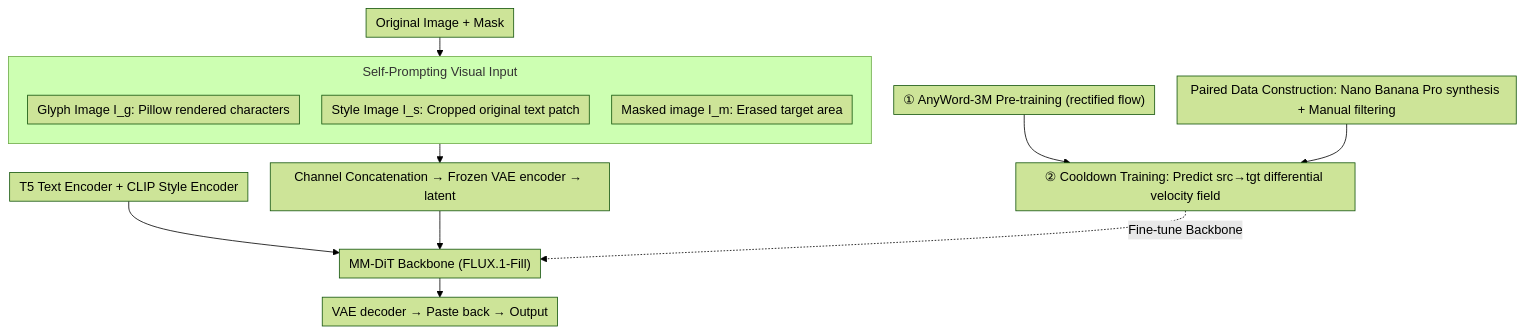
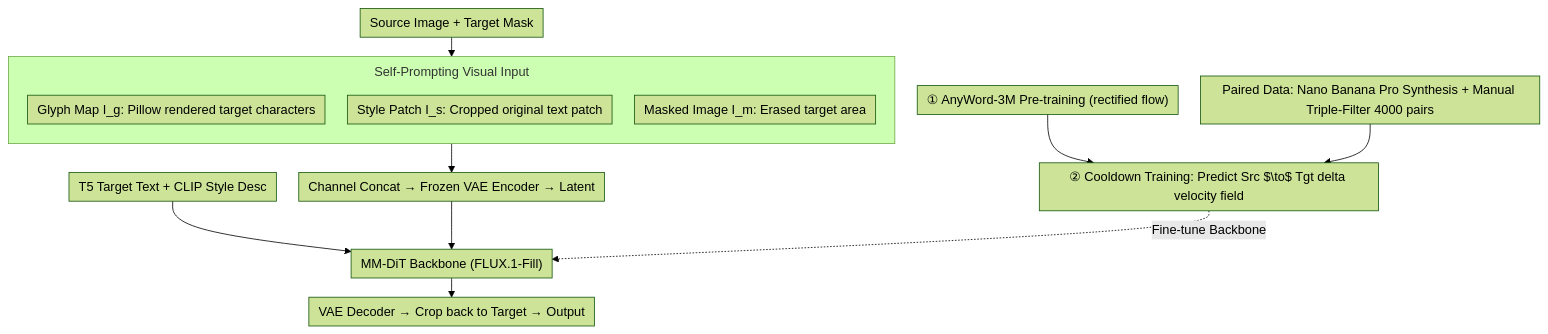
One commit to zhaoyang97/Paper-Notes-en changed the diagram in docs/ICML2026/image_generation/self-prompting_diffusion_transformer_for_open-vocabulary_scene_text_editing_via_.md. Above: the diagram before and after it, drawn with Mermaid (forest theme). The commit also changed other lines of this file and 5084 other files, not shown here.

````diff
--- a/docs/ICML2026/image_generation/self-prompting_diffusion_transformer_for_open-vocabulary_scene_text_editing_via_.md
+++ b/docs/ICML2026/image_generation/self-prompting_diffusion_transformer_for_open-vocabulary_scene_text_editing_via_.md
@@ -43,18 +43,18 @@
 ```mermaid
 %%{init: {'flowchart': {'rankSpacing': 24, 'nodeSpacing': 28, 'padding': 6, 'wrappingWidth': 400, 'subGraphTitleMargin': {'top': 8, 'bottom': 16}}}}%%
 flowchart TD
-    SRC["Original Image + Mask"] --> SP
+    SRC["Source Image + Target Mask"] --> SP
     subgraph SP["Self-Prompting Visual Input"]
         direction TB
-        IG["Glyph Image I_g: Pillow rendered characters"]
-        IS["Style Image I_s: Cropped original text patch"]
-        IM["Masked image I_m: Erased target area"]
+        IG["Glyph Map I_g: Pillow rendered target characters"]
+        IS["Style Patch I_s: Cropped original text patch"]
+        IM["Masked Image I_m: Erased target area"]
     end
-    SP --> CAT["Channel Concatenation → Frozen VAE encoder → latent"]
-    TXT["T5 Text Encoder + CLIP Style Encoder"] --> DIT["MM-DiT Backbone (FLUX.1-Fill)"]
+    SP --> CAT["Channel Concat → Frozen VAE Encoder → Latent"]
+    TXT["T5 Target Text + CLIP Style Desc"] --> DIT["MM-DiT Backbone (FLUX.1-Fill)"]
     CAT --> DIT
-    DIT --> OUT["VAE decoder → Paste back → Output"]
-    PT["① AnyWord-3M Pre-training (rectified flow)"] --> CD["② Cooldown Training: Predict src→tgt differential velocity field"]
-    DATA["Paired Data Construction: Nano Banana Pro synthesis + Manual filtering"] --> CD
+    DIT --> OUT["VAE Decoder → Crop back to Target → Output"]
+    PT["① AnyWord-3M Pre-training (rectified flow)"] --> CD["② Cooldown Training: Predict Src $\to$ Tgt delta velocity field"]
+    DATA["Paired Data: Nano Banana Pro Synthesis + Manual Triple-Filter 4000 pairs"] --> CD
     CD -.Fine-tune Backbone.-> DIT
 ```
````
